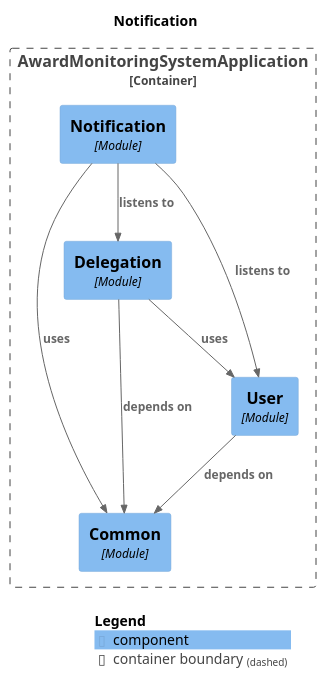
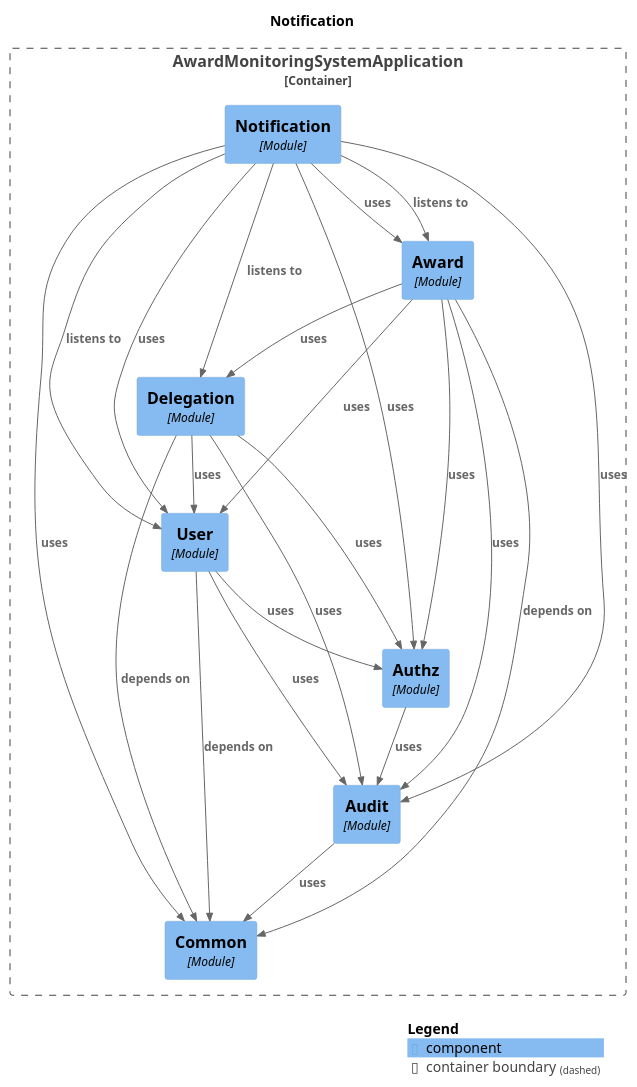
Before and after one commit to StKostyk/award-monitoring-system: the diagram in docs/architecture/diagrams/modules/module-notification.puml, drawn with PlantUML. The commit also changed 30 other files, not shown here.

```diff
--- a/docs/architecture/diagrams/modules/module-notification.puml
+++ b/docs/architecture/diagrams/modules/module-notification.puml
@@ -1,26 +1,45 @@
 @startuml
 set separator none
 title Notification
 
 top to bottom direction
 
 !include <C4/C4>
 !include <C4/C4_Context>
 !include <C4/C4_Component>
 
 Container_Boundary("AwardMonitoringSystemApplication.AwardMonitoringSystemApplication_boundary", "AwardMonitoringSystemApplication", $tags="") {
   Component(AwardMonitoringSystemApplication.AwardMonitoringSystemApplication.Delegation, "Delegation", $techn="Module", $descr="", $tags="", $link="")
+  Component(AwardMonitoringSystemApplication.AwardMonitoringSystemApplication.Award, "Award", $techn="Module", $descr="", $tags="", $link="")
   Component(AwardMonitoringSystemApplication.AwardMonitoringSystemApplication.Notification, "Notification", $techn="Module", $descr="", $tags="", $link="")
   Component(AwardMonitoringSystemApplication.AwardMonitoringSystemApplication.Common, "Common", $techn="Module", $descr="", $tags="", $link="")
+  Component(AwardMonitoringSystemApplication.AwardMonitoringSystemApplication.Audit, "Audit", $techn="Module", $descr="", $tags="", $link="")
+  Component(AwardMonitoringSystemApplication.AwardMonitoringSystemApplication.Authz, "Authz", $techn="Module", $descr="", $tags="", $link="")
   Component(AwardMonitoringSystemApplication.AwardMonitoringSystemApplication.User, "User", $techn="Module", $descr="", $tags="", $link="")
 }
 
+Rel(AwardMonitoringSystemApplication.AwardMonitoringSystemApplication.User, AwardMonitoringSystemApplication.AwardMonitoringSystemApplication.Authz, "uses", $techn="", $tags="", $link="")
+Rel(AwardMonitoringSystemApplication.AwardMonitoringSystemApplication.User, AwardMonitoringSystemApplication.AwardMonitoringSystemApplication.Audit, "uses", $techn="", $tags="", $link="")
+Rel(AwardMonitoringSystemApplication.AwardMonitoringSystemApplication.Notification, AwardMonitoringSystemApplication.AwardMonitoringSystemApplication.Delegation, "listens to", $techn="", $tags="", $link="")
+Rel(AwardMonitoringSystemApplication.AwardMonitoringSystemApplication.Notification, AwardMonitoringSystemApplication.AwardMonitoringSystemApplication.User, "listens to", $techn="", $tags="", $link="")
+Rel(AwardMonitoringSystemApplication.AwardMonitoringSystemApplication.Notification, AwardMonitoringSystemApplication.AwardMonitoringSystemApplication.Award, "listens to", $techn="", $tags="", $link="")
+Rel(AwardMonitoringSystemApplication.AwardMonitoringSystemApplication.Notification, AwardMonitoringSystemApplication.AwardMonitoringSystemApplication.Award, "uses", $techn="", $tags="", $link="")
+Rel(AwardMonitoringSystemApplication.AwardMonitoringSystemApplication.Notification, AwardMonitoringSystemApplication.AwardMonitoringSystemApplication.Authz, "uses", $techn="", $tags="", $link="")
+Rel(AwardMonitoringSystemApplication.AwardMonitoringSystemApplication.Notification, AwardMonitoringSystemApplication.AwardMonitoringSystemApplication.Common, "uses", $techn="", $tags="", $link="")
+Rel(AwardMonitoringSystemApplication.AwardMonitoringSystemApplication.Notification, AwardMonitoringSystemApplication.AwardMonitoringSystemApplication.User, "uses", $techn="", $tags="", $link="")
+Rel(AwardMonitoringSystemApplication.AwardMonitoringSystemApplication.Notification, AwardMonitoringSystemApplication.AwardMonitoringSystemApplication.Audit, "uses", $techn="", $tags="", $link="")
+Rel(AwardMonitoringSystemApplication.AwardMonitoringSystemApplication.Authz, AwardMonitoringSystemApplication.AwardMonitoringSystemApplication.Audit, "uses", $techn="", $tags="", $link="")
+Rel(AwardMonitoringSystemApplication.AwardMonitoringSystemApplication.Audit, AwardMonitoringSystemApplication.AwardMonitoringSystemApplication.Common, "uses", $techn="", $tags="", $link="")
+Rel(AwardMonitoringSystemApplication.AwardMonitoringSystemApplication.Delegation, AwardMonitoringSystemApplication.AwardMonitoringSystemApplication.Common, "depends on", $techn="", $tags="", $link="")
+Rel(AwardMonitoringSystemApplication.AwardMonitoringSystemApplication.Delegation, AwardMonitoringSystemApplication.AwardMonitoringSystemApplication.Audit, "uses", $techn="", $tags="", $link="")
+Rel(AwardMonitoringSystemApplication.AwardMonitoringSystemApplication.Delegation, AwardMonitoringSystemApplication.AwardMonitoringSystemApplication.User, "uses", $techn="", $tags="", $link="")
+Rel(AwardMonitoringSystemApplication.AwardMonitoringSystemApplication.Delegation, AwardMonitoringSystemApplication.AwardMonitoringSystemApplication.Authz, "uses", $techn="", $tags="", $link="")
+Rel(AwardMonitoringSystemApplication.AwardMonitoringSystemApplication.Award, AwardMonitoringSystemApplication.AwardMonitoringSystemApplication.Common, "depends on", $techn="", $tags="", $link="")
+Rel(AwardMonitoringSystemApplication.AwardMonitoringSystemApplication.Award, AwardMonitoringSystemApplication.AwardMonitoringSystemApplication.Audit, "uses", $techn="", $tags="", $link="")
+Rel(AwardMonitoringSystemApplication.AwardMonitoringSystemApplication.Award, AwardMonitoringSystemApplication.AwardMonitoringSystemApplication.User, "uses", $techn="", $tags="", $link="")
+Rel(AwardMonitoringSystemApplication.AwardMonitoringSystemApplication.Award, AwardMonitoringSystemApplication.AwardMonitoringSystemApplication.Authz, "uses", $techn="", $tags="", $link="")
+Rel(AwardMonitoringSystemApplication.AwardMonitoringSystemApplication.Award, AwardMonitoringSystemApplication.AwardMonitoringSystemApplication.Delegation, "uses", $techn="", $tags="", $link="")
 Rel(AwardMonitoringSystemApplication.AwardMonitoringSystemApplication.User, AwardMonitoringSystemApplication.AwardMonitoringSystemApplication.Common, "depends on", $techn="", $tags="", $link="")
-Rel(AwardMonitoringSystemApplication.AwardMonitoringSystemApplication.Delegation, AwardMonitoringSystemApplication.AwardMonitoringSystemApplication.Common, "depends on", $techn="", $tags="", $link="")
-Rel(AwardMonitoringSystemApplication.AwardMonitoringSystemApplication.Delegation, AwardMonitoringSystemApplication.AwardMonitoringSystemApplication.User, "uses", $techn="", $tags="", $link="")
-Rel(AwardMonitoringSystemApplication.AwardMonitoringSystemApplication.Notification, AwardMonitoringSystemApplication.AwardMonitoringSystemApplication.User, "listens to", $techn="", $tags="", $link="")
-Rel(AwardMonitoringSystemApplication.AwardMonitoringSystemApplication.Notification, AwardMonitoringSystemApplication.AwardMonitoringSystemApplication.Delegation, "listens to", $techn="", $tags="", $link="")
-Rel(AwardMonitoringSystemApplication.AwardMonitoringSystemApplication.Notification, AwardMonitoringSystemApplication.AwardMonitoringSystemApplication.Common, "uses", $techn="", $tags="", $link="")
 
 SHOW_LEGEND(true)
 @enduml
```
